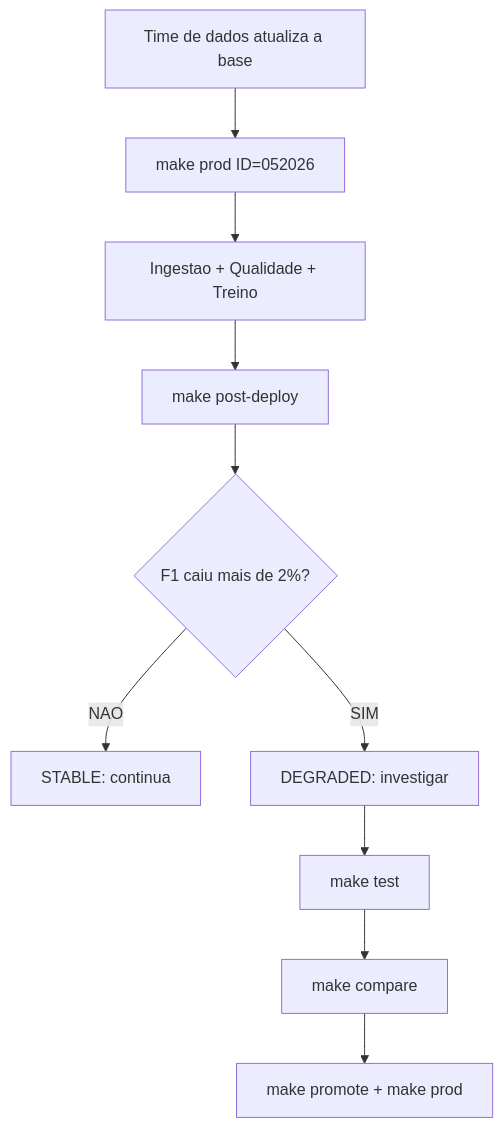
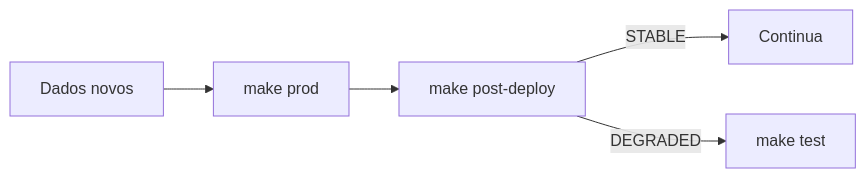
The third of 6 diagrams in relatorio_tecnico.md (lararli/ml-classificacao-b2), drawn with Mermaid before and after one commit. The commit also changed other lines of this file and 7 other files, not shown here.

````diff
--- a/relatorio_tecnico.md
+++ b/relatorio_tecnico.md
@@ -94,12 +236,6 @@
 ```mermaid
-flowchart TD
-    A[Time de dados atualiza a base] --> B[make prod ID=052026]
-    B --> B1[Ingestao + Qualidade + Treino]
-    B1 --> C[make post-deploy]
-    C --> D{F1 caiu mais de 2%?}
-    D -->|NAO| E[STABLE: continua]
-    D -->|SIM| F[DEGRADED: investigar]
-    F --> G[make test]
-    G --> H[make compare]
-    H --> I[make promote + make prod]
+flowchart LR
+    A[Dados novos] --> B[make prod] --> C[make post-deploy]
+    C -->|STABLE| D[Continua]
+    C -->|DEGRADED| E[make test]
 ```
````
